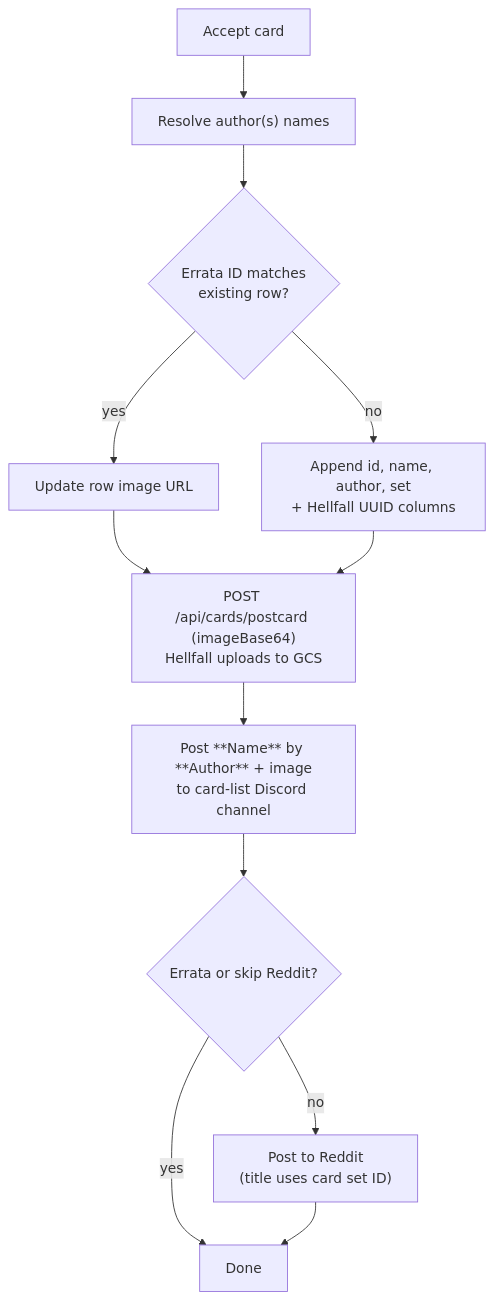
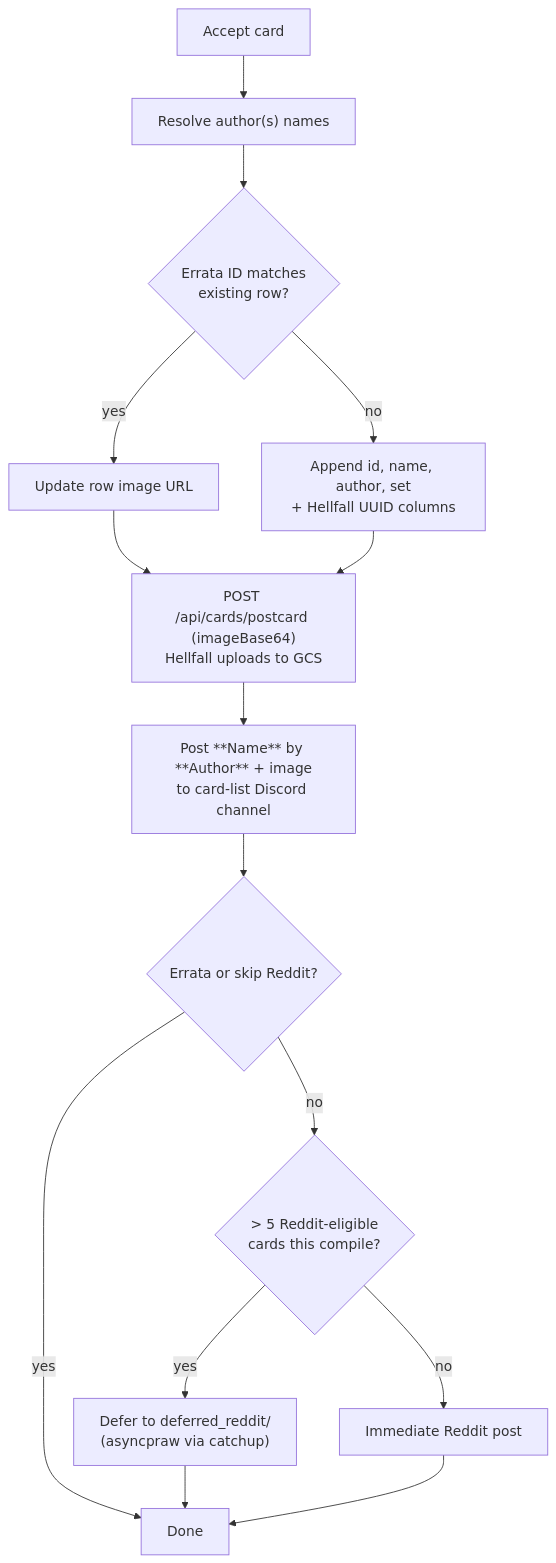
One commit to bones-bones/mork changed the first of 3 diagrams in docs/card-flows/acceptance.md. Above: the diagram before and after it, drawn with Mermaid. The commit also changed other lines of this file and 22 other files, not shown here.

````diff
--- a/docs/card-flows/acceptance.md
+++ b/docs/card-flows/acceptance.md
@@ -9,16 +9,19 @@
 ```mermaid
 flowchart TD
   IN["Accept card"] --> RES["Resolve author(s) names"]
   RES --> ROW{"Errata ID matches<br/>existing row?"}
   ROW -->|yes| UPD["Update row image URL"]
   ROW -->|no| NEW["Append id, name, author, set<br/>+ Hellfall UUID columns"]
 
   UPD --> IMG
   NEW --> IMG
   IMG["POST /api/cards/postcard (imageBase64)<br/>Hellfall uploads to GCS"]
   IMG --> CL["Post **Name** by **Author** + image<br/>to card-list Discord channel"]
   CL --> RD{"Errata or skip Reddit?"}
-  RD -->|no| POST["Post to Reddit<br/>(title uses card set ID)"]
   RD -->|yes| DONE["Done"]
-  POST --> DONE
+  RD -->|no| BATCH{"> 5 Reddit-eligible<br/>cards this compile?"}
+  BATCH -->|yes| DEF["Defer to deferred_reddit/<br/>(asyncpraw via catchup)"]
+  BATCH -->|no| IMM["Immediate Reddit post"]
+  DEF --> DONE
+  IMM --> DONE
 ```
````
